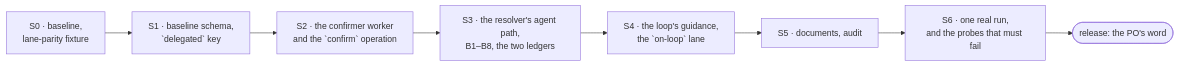
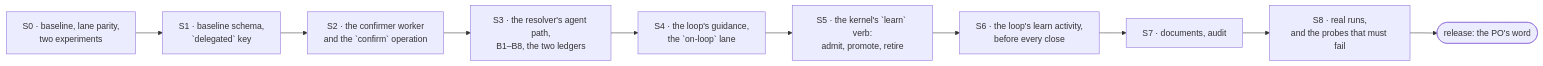
Before and after one commit to nguyenvanphituoc/shapeup-sdlc-plugin: the third of 3 diagrams in docs/design/v4/plan-2026-11-11-human-on-the-loop.md, drawn with Mermaid. The commit also changed other lines of this file, not shown here.

````diff
--- a/docs/design/v4/plan-2026-11-11-human-on-the-loop.md
+++ b/docs/design/v4/plan-2026-11-11-human-on-the-loop.md
@@ -172,10 +271,12 @@
 ```mermaid
 flowchart LR
-  S0["S0 · baseline,<br/>lane-parity fixture"] --> S1["S1 · baseline schema,<br/>`delegated` key"]
+  S0["S0 · baseline, lane parity,<br/>two experiments"] --> S1["S1 · baseline schema,<br/>`delegated` key"]
   S1 --> S2["S2 · the confirmer worker<br/>and the `confirm` operation"]
   S2 --> S3["S3 · the resolver's agent path,<br/>B1–B8, the two ledgers"]
   S3 --> S4["S4 · the loop's guidance,<br/>the `on-loop` lane"]
-  S4 --> S5["S5 · documents, audit"]
-  S5 --> S6["S6 · one real run,<br/>and the probes that must fail"]
-  S6 --> REL(["release: the PO's word"])
+  S4 --> S5["S5 · the kernel's `learn` verb:<br/>admit, promote, retire"]
+  S5 --> S6["S6 · the loop's learn activity,<br/>before every close"]
+  S6 --> S7["S7 · documents, audit"]
+  S7 --> S8["S8 · real runs,<br/>and the probes that must fail"]
+  S8 --> REL(["release: the PO's word"])
 ```
````
